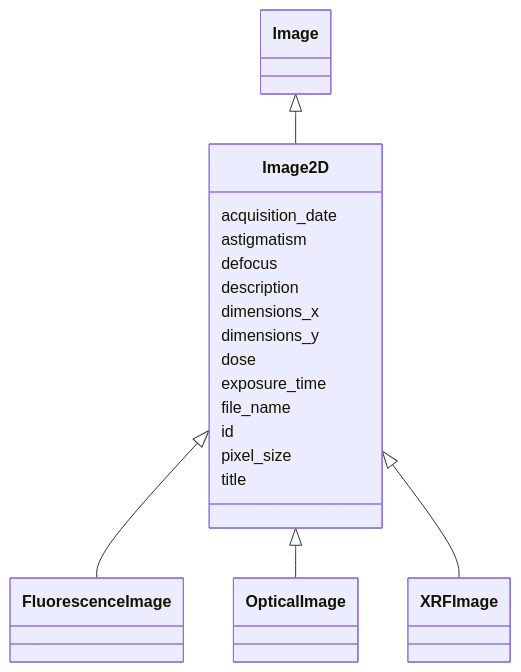
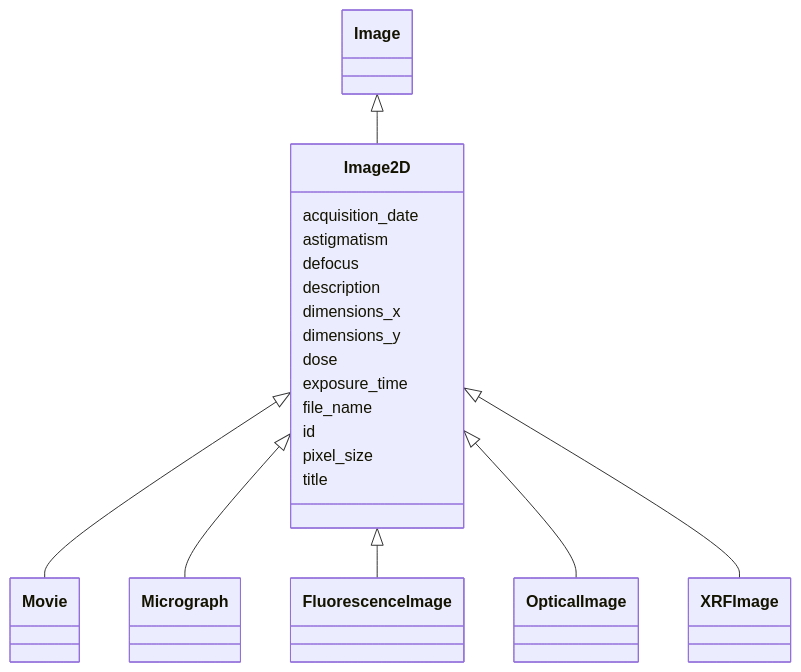
The diagram in docs/Image2D.md (lambda-ber/lambda-ber-schema), drawn with Mermaid before and after one commit. The commit also changed other lines of this file and 278 other files, not shown here.

````diff
--- a/docs/Image2D.md
+++ b/docs/Image2D.md
@@ -18,42 +18,46 @@
 ```mermaid
  classDiagram
     class Image2D
     click Image2D href "../Image2D/"
       Image <|-- Image2D
         click Image href "../Image/"
       
 
+      Image2D <|-- Movie
+        click Movie href "../Movie/"
+      Image2D <|-- Micrograph
+        click Micrograph href "../Micrograph/"
       Image2D <|-- FluorescenceImage
         click FluorescenceImage href "../FluorescenceImage/"
       Image2D <|-- OpticalImage
         click OpticalImage href "../OpticalImage/"
       Image2D <|-- XRFImage
         click XRFImage href "../XRFImage/"
       
 
       Image2D : acquisition_date
         
       Image2D : astigmatism
         
       Image2D : defocus
         
       Image2D : description
         
       Image2D : dimensions_x
         
       Image2D : dimensions_y
         
       Image2D : dose
         
       Image2D : exposure_time
         
       Image2D : file_name
         
       Image2D : id
         
       Image2D : pixel_size
         
       Image2D : title
         
       
 ```
````
